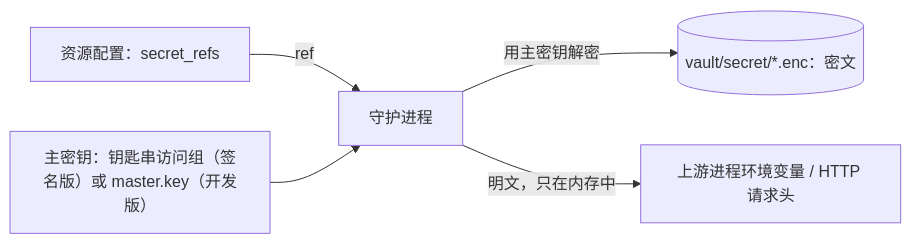
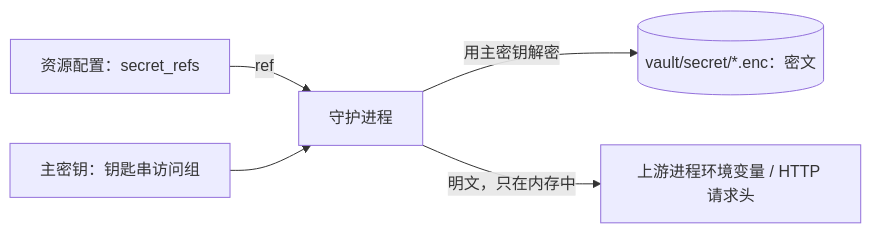
The diagram in docs-site/zh/guides/secret-store.md (wyx-sg/Coffer), drawn with Mermaid before and after one commit. The commit also changed other lines of this file and 56 other files, not shown here.

First line of the commit message:
docs: fix Mermaid diagrams and describe the master key as Keychain-only (#619)

````diff
--- a/docs-site/zh/guides/secret-store.md
+++ b/docs-site/zh/guides/secret-store.md
@@ -19,7 +19,7 @@
 ```mermaid
 flowchart LR
     CFG["资源配置：secret_refs"] -->|ref| D["守护进程"]
     D -->|用主密钥解密| DB[("vault/secret/*.enc：密文")]
     D -->|明文，只在内存中| UP["上游进程环境变量 / HTTP 请求头"]
-    MK["主密钥：钥匙串访问组（签名版）或 master.key（开发版）"] --> D
+    MK["主密钥：钥匙串访问组"] --> D
 ```
````
